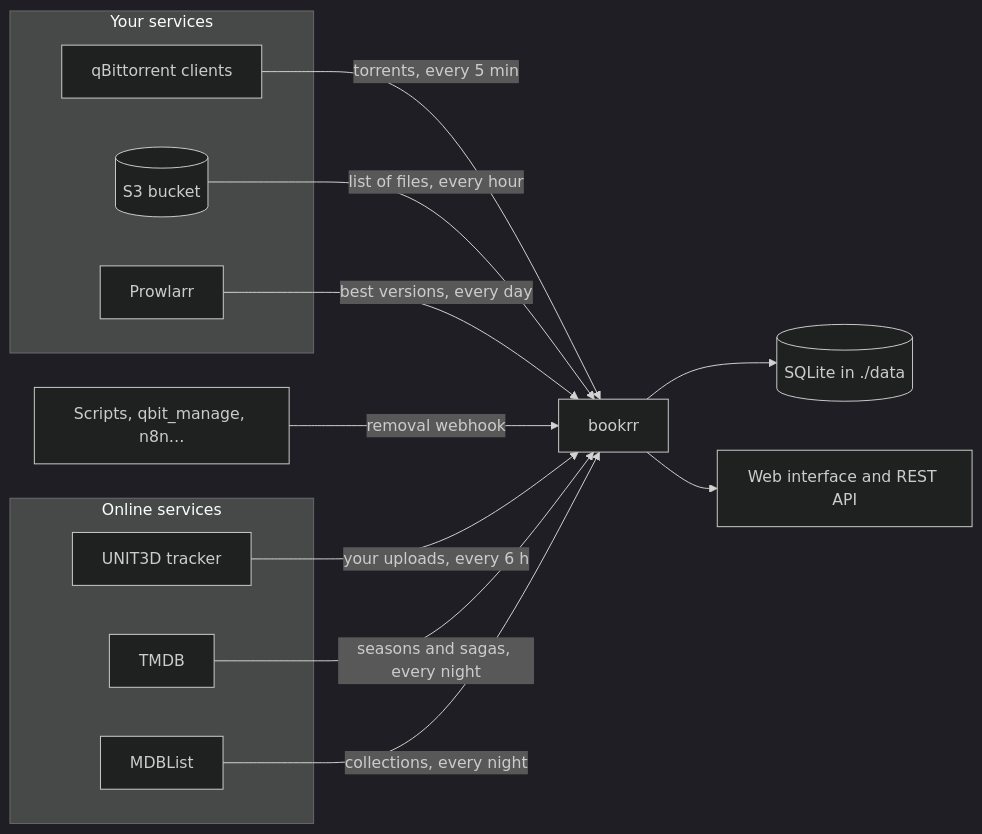
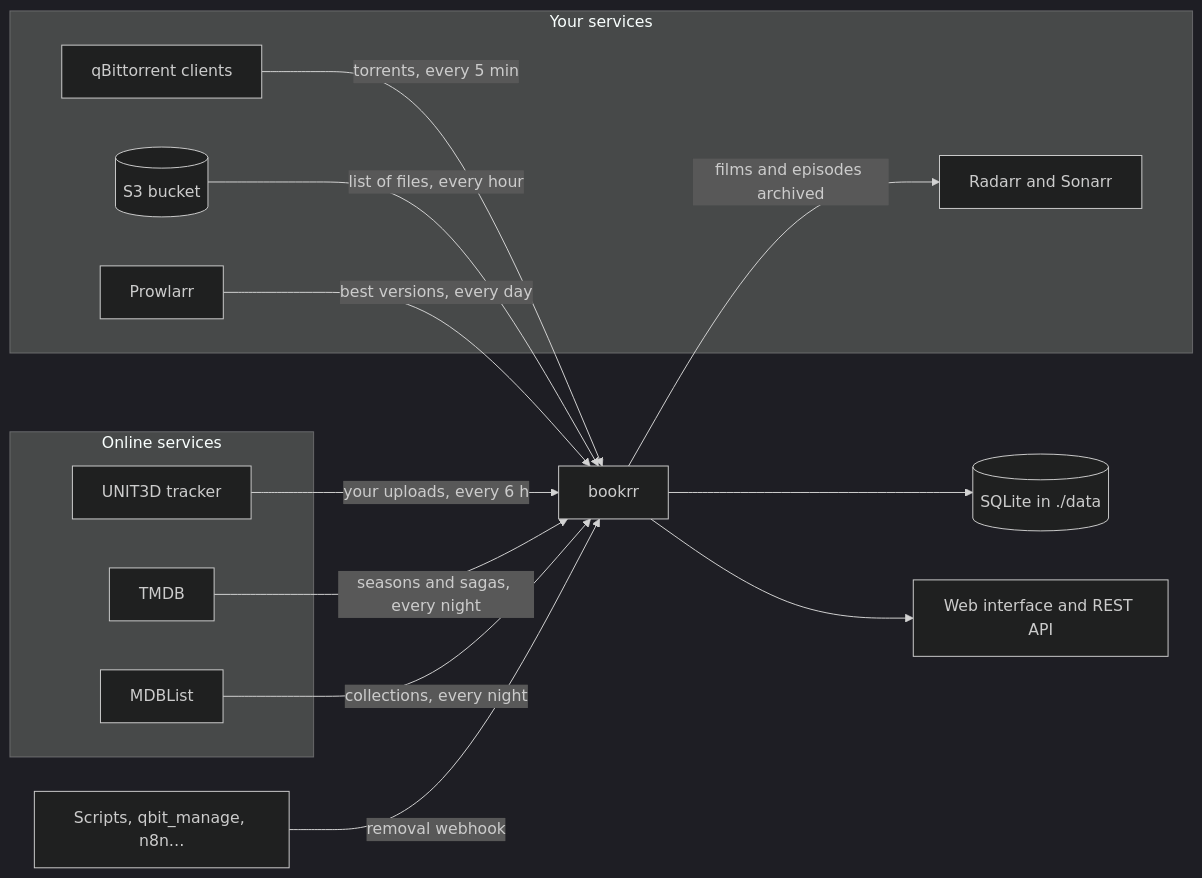
Before and after one commit to TehMaat/bookrr: the diagram in README.md, drawn with Mermaid (dark theme). The commit also changed other lines of this file and 32 other files, not shown here.

First line of the commit message:
Disks: read a listing, archive and remove from clients, Radarr, Sonarr (0.38.0)

````diff
--- a/README.md
+++ b/README.md
@@ -34,22 +34,24 @@
 ```mermaid
 flowchart LR
   subgraph you[Your services]
     QB[qBittorrent clients]
     S3[(S3 bucket)]
     PR[Prowlarr]
+    AR[Radarr and Sonarr]
   end
   subgraph web[Online services]
     U3[UNIT3D tracker]
     TM[TMDB]
     MD[MDBList]
   end
   QB -- torrents, every 5 min --> B
   S3 -- list of files, every hour --> B
   U3 -- your uploads, every 6 h --> B
   TM -- seasons and sagas, every night --> B
   MD -- collections, every night --> B
   PR -- best versions, every day --> B
+  B -- films and episodes archived --> AR
   B[bookrr] --> DB[(SQLite in ./data)]
   B --> UI[Web interface and REST API]
   WH[Scripts, qbit_manage, n8n…] -- removal webhook --> B
 ```
````
